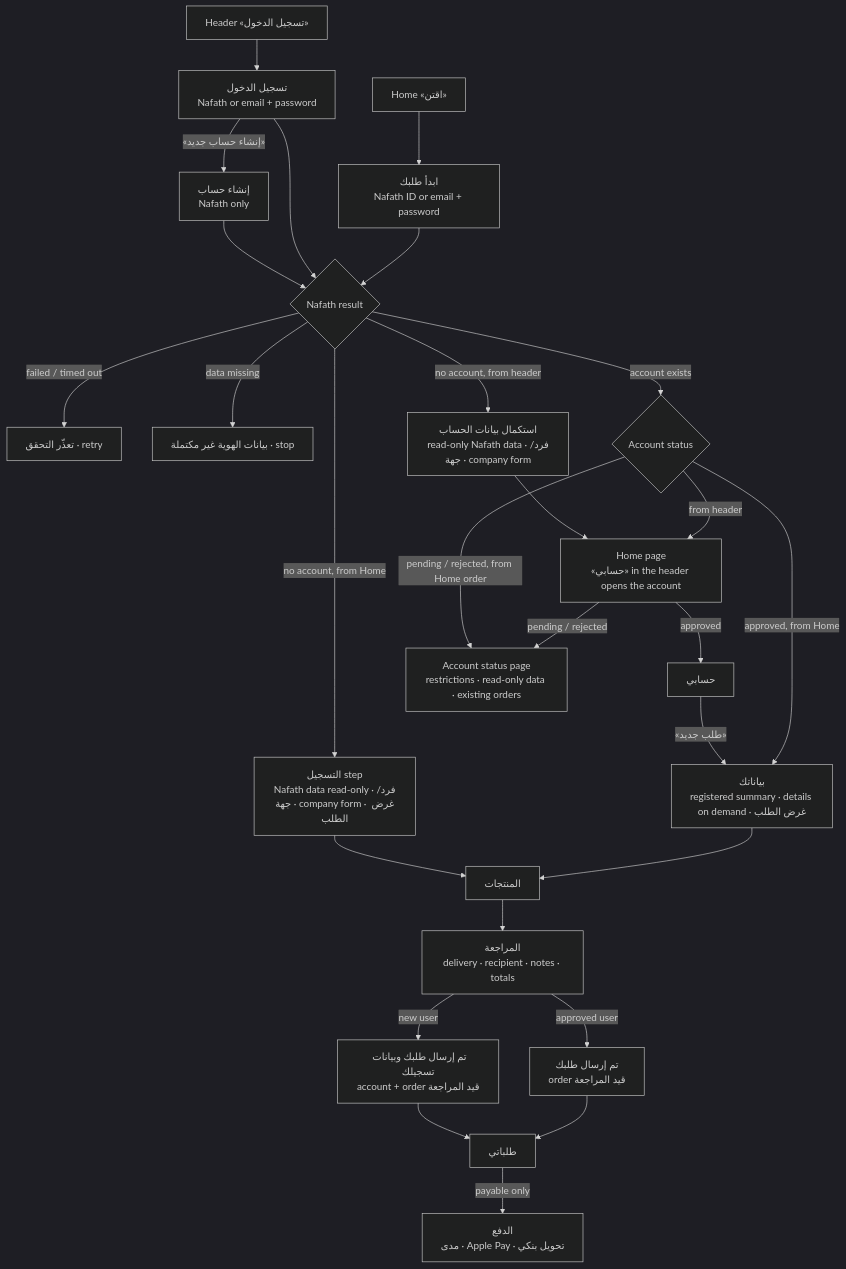
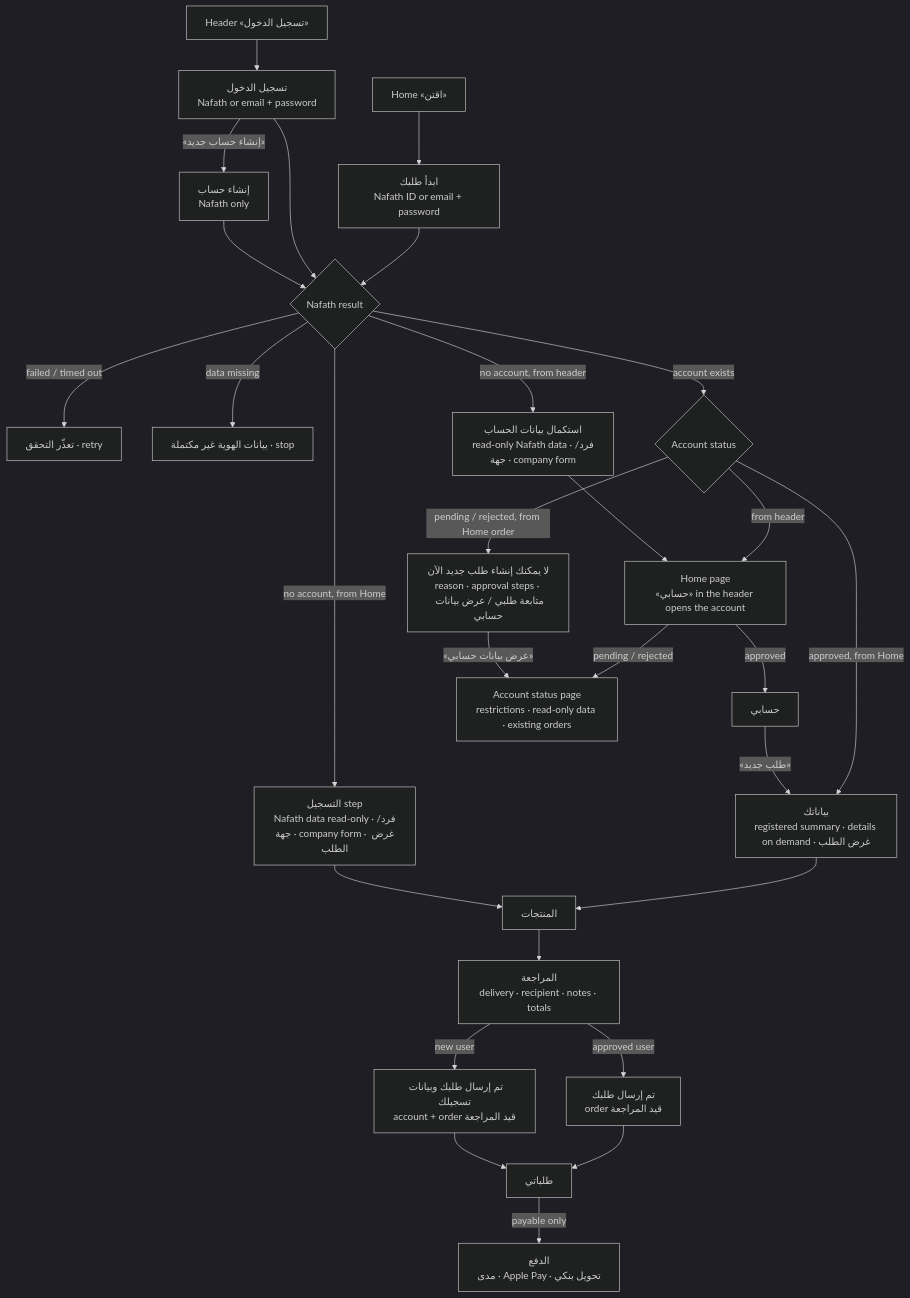
One commit to hagersaeedd363-lgtm/NTG changed the first of 3 diagrams in app/docs/portal-ux.md. Above: the diagram before and after it, drawn with Mermaid (dark theme). The commit also changed other lines of this file and 6 other files, not shown here.

First line of the commit message:
Show a short blocked screen when a pending or rejected account presses «اقتن»

````diff
--- a/app/docs/portal-ux.md
+++ b/app/docs/portal-ux.md
@@ -8,28 +8,29 @@
 ```mermaid
 flowchart TD
   H[Home «اقتن»] --> ID[ابدأ طلبك<br/>Nafath ID or email + password]
   N[Header «تسجيل الدخول»] --> L[تسجيل الدخول<br/>Nafath or email + password]
   L -- «إنشاء حساب جديد» --> R[إنشاء حساب<br/>Nafath only]
   ID --> V{Nafath result}
   L --> V
   R --> V
   V -- failed / timed out --> VF[تعذّر التحقق · retry]
   V -- data missing --> VM[بيانات الهوية غير مكتملة · stop]
   V -- account exists --> A{Account status}
   V -- no account, from Home --> REG1[التسجيل step<br/>Nafath data read-only · فرد/جهة · company form · غرض الطلب]
   V -- no account, from header --> REG2[استكمال بيانات الحساب<br/>read-only Nafath data · فرد/جهة · company form]
   A -- approved, from Home --> SUM[بياناتك<br/>registered summary · details on demand · غرض الطلب]
   A -- from header --> HM[Home page<br/>«حسابي» in the header opens the account]
   HM -- approved --> P[حسابي]
   HM -- pending / rejected --> ST[Account status page<br/>restrictions · read-only data · existing orders]
-  A -- pending / rejected, from Home order --> ST
+  A -- pending / rejected, from Home order --> BL[لا يمكنك إنشاء طلب جديد الآن<br/>reason · approval steps · متابعة طلبي / عرض بيانات حسابي]
+  BL -- «عرض بيانات حسابي» --> ST
   P -- «طلب جديد» --> SUM
   SUM --> PR[المنتجات] --> RV[المراجعة<br/>delivery · recipient · notes · totals]
   REG1 --> PR
   RV -- approved user --> D1[تم إرسال طلبك<br/>order قيد المراجعة]
   RV -- new user --> D2[تم إرسال طلبك وبيانات تسجيلك<br/>account + order قيد المراجعة]
   REG2 --> HM
   D1 --> O[طلباتي]
   D2 --> O
   O -- payable only --> PAY[الدفع<br/>مدى · Apple Pay · تحويل بنكي]
 ```
````
